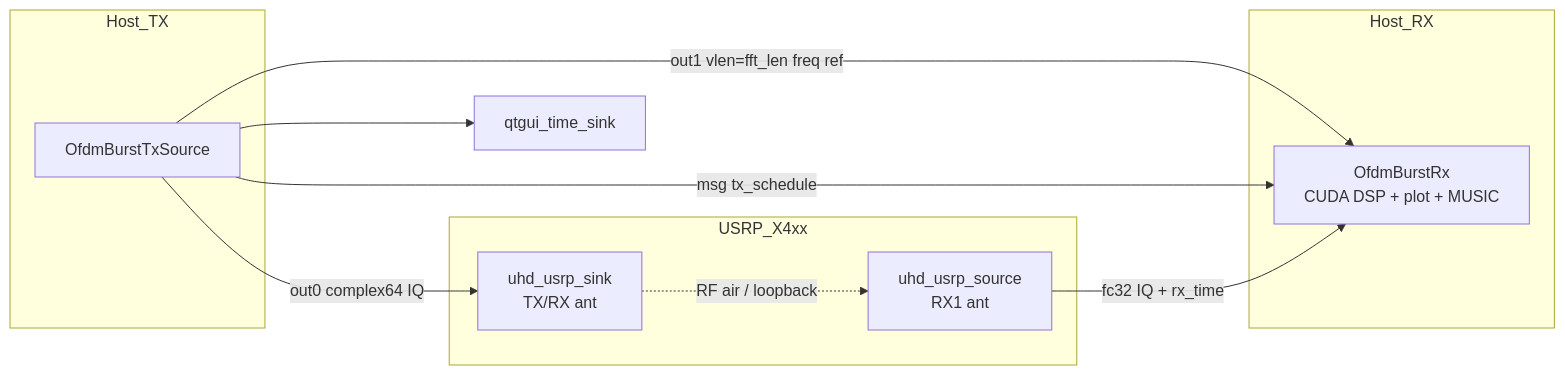
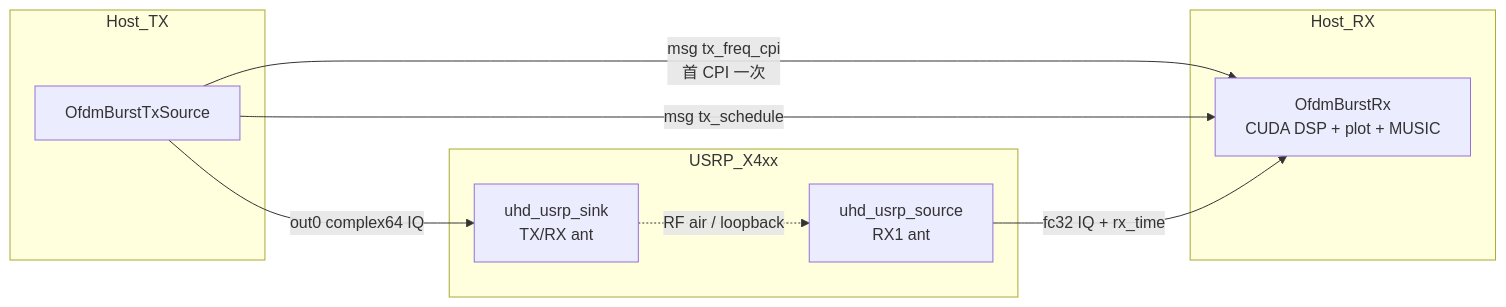
The first of 2 diagrams in gnuradio/tests/single_base/usrp_ofdm_sink_source_dd_backup/SIGNAL_FLOW.md (GitLinhp/isac), drawn with Mermaid before and after one commit. The commit also changed other lines of this file and 76 other files, not shown here.

````diff
--- a/gnuradio/tests/single_base/usrp_ofdm_sink_source_dd_backup/SIGNAL_FLOW.md
+++ b/gnuradio/tests/single_base/usrp_ofdm_sink_source_dd_backup/SIGNAL_FLOW.md
@@ -28,21 +28,19 @@
 ```mermaid
 flowchart LR
   subgraph txHost [Host_TX]
     TxSrc["OfdmBurstTxSource"]
   end
   subgraph usrp [USRP_X4xx]
     Sink["uhd_usrp_sink\nTX/RX ant"]
     Source["uhd_usrp_source\nRX1 ant"]
   end
   subgraph rxHost [Host_RX]
     Rx["OfdmBurstRx\nCUDA DSP + plot + MUSIC"]
   end
-  TimeSink["qtgui_time_sink"]
 
   TxSrc -->|"out0 complex64 IQ"| Sink
-  TxSrc --> TimeSink
-  TxSrc -->|"out1 vlen=fft_len freq ref"| Rx
+  TxSrc -->|"msg tx_freq_cpi\n首 CPI 一次"| Rx
   TxSrc -->|"msg tx_schedule"| Rx
   Source -->|"fc32 IQ + rx_time"| Rx
   Sink -.->|"RF air / loopback"| Source
 ```
````
